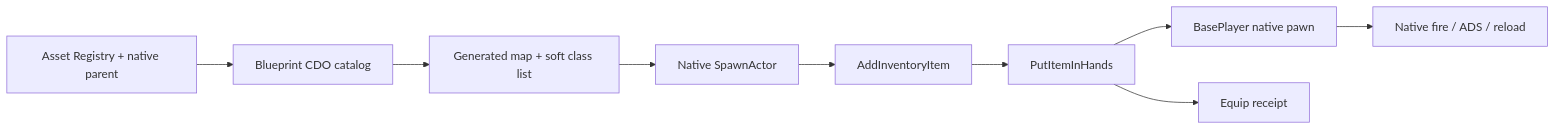
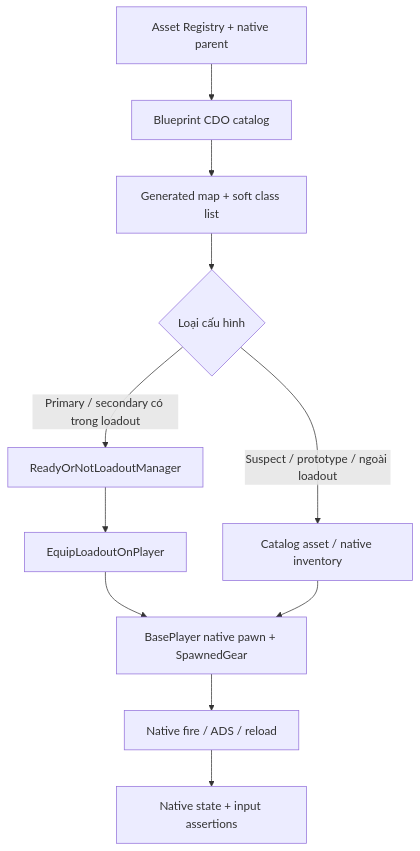
Before and after one commit to SlimeVRX/ReadyOrNot-Docs: the diagram in 05-Gun-Lab/setup.md, drawn with Mermaid. The commit also changed other lines of this file and 67 other files, not shown here.

````diff
--- a/05-Gun-Lab/setup.md
+++ b/05-Gun-Lab/setup.md
@@ -58,11 +94,13 @@
 ```mermaid
-flowchart LR
+flowchart TB
   Registry[Asset Registry + native parent] --> CDO[Blueprint CDO catalog]
   CDO --> Map[Generated map + soft class list]
-  Map --> Spawn[Native SpawnActor]
-  Spawn --> Inventory[AddInventoryItem]
-  Inventory --> Equip[PutItemInHands]
-  Equip --> Pawn[BasePlayer native pawn]
+  Map --> Route{Loại cấu hình}
+  Route -->|Primary / secondary có trong loadout| Loadout[ReadyOrNotLoadoutManager]
+  Loadout --> Full[EquipLoadoutOnPlayer]
+  Route -->|Suspect / prototype / ngoài loadout| Inventory[Catalog asset / native inventory]
+  Full --> Pawn[BasePlayer native pawn + SpawnedGear]
+  Inventory --> Pawn
   Pawn --> Gun[Native fire / ADS / reload]
-  Equip --> Receipt[Equip receipt]
+  Gun --> Receipt[Native state + input assertions]
 ```
````
